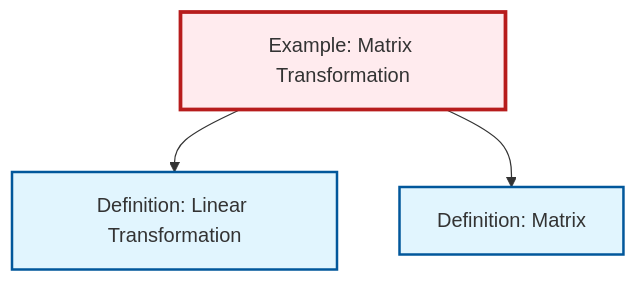
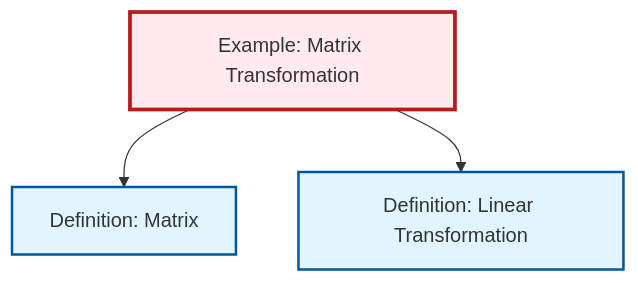
Before and after one commit to RK0429/ModernMath: the diagram in output/mermaid/ex-matrix-transformation.mermaid, drawn with Mermaid. The commit also changed other lines of this file and 151 other files, not shown here.

````diff
--- a/output/mermaid/ex-matrix-transformation.mermaid
+++ b/output/mermaid/ex-matrix-transformation.mermaid
@@ -1,15 +1,15 @@
 ```{mermaid}
 %%| fig-cap: "Local dependency graph"
 graph TD
     classDef definition fill:#e1f5fe,stroke:#01579b,stroke-width:2px
     classDef theorem fill:#f3e5f5,stroke:#4a148c,stroke-width:2px
     classDef axiom fill:#fff3e0,stroke:#e65100,stroke-width:2px
     classDef example fill:#e8f5e9,stroke:#1b5e20,stroke-width:2px
     classDef current fill:#ffebee,stroke:#b71c1c,stroke-width:3px
+    def-matrix["Definition: Matrix"]:::definition
     ex-matrix-transformation["Example: Matrix Transformation"]:::example
-    def-matrix["Definition: Matrix"]:::definition
     def-linear-transformation["Definition: Linear Transformation"]:::definition
+    ex-matrix-transformation --> def-matrix
     ex-matrix-transformation --> def-linear-transformation
-    ex-matrix-transformation --> def-matrix
     class ex-matrix-transformation current
 ```
````
